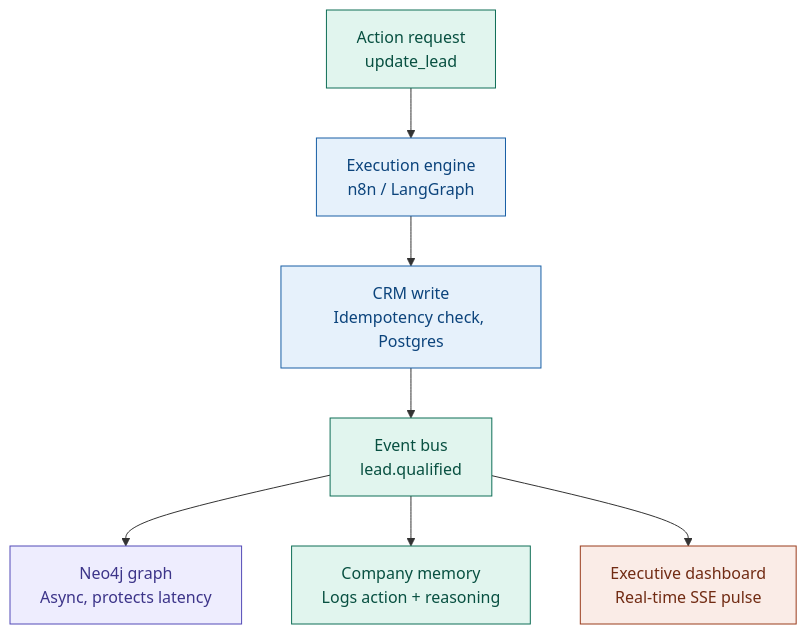
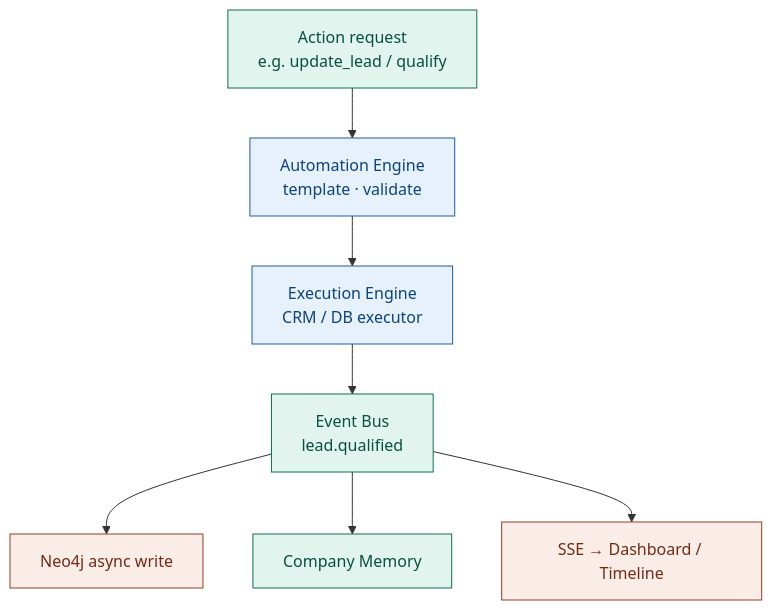
Before and after one commit to imperiondata/real-estate-ai-lead-agent: the third of 8 diagrams in IREIOS_3.0_Architecture_Diagrams.md, drawn with Mermaid. The commit also changed other lines of this file and 2 other files, not shown here.

Commit message:
docs: updated architecture diagrams and implementation plans based on current scope and requirements

````diff
--- a/IREIOS_3.0_Architecture_Diagrams.md
+++ b/IREIOS_3.0_Architecture_Diagrams.md
@@ -100,30 +254,24 @@
 ```mermaid
 flowchart TD
-    B1["Action request<br/>update_lead"]
-    B2["Execution engine<br/>n8n / LangGraph"]
-    B3["CRM write<br/>Idempotency check, Postgres"]
-    B4["Event bus<br/>lead.qualified"]
-    B5["Neo4j graph<br/>Async, protects latency"]
-    B6["Company memory<br/>Logs action + reasoning"]
-    B7["Executive dashboard<br/>Real-time SSE pulse"]
+    B1[Action request<br/>e.g. update_lead / qualify]
+    B2[Automation Engine<br/>template · validate]
+    B3[Execution Engine<br/>CRM / DB executor]
+    B4[Event Bus<br/>lead.qualified]
+    B5[Neo4j async write]
+    B6[Company Memory]
+    B7[SSE → Dashboard / Timeline]
 
     B1 --> B2 --> B3 --> B4
     B4 --> B5
     B4 --> B6
     B4 --> B7
 
-    classDef gray fill:#F1EFE8,stroke:#5F5E5A,color:#2C2C2A;
     classDef blue fill:#E6F1FB,stroke:#185FA5,color:#0C447C;
     classDef teal fill:#E1F5EE,stroke:#0F6E56,color:#085041;
-    classDef purple fill:#EEEDFE,stroke:#534AB7,color:#3C3489;
-    classDef amber fill:#FAEEDA,stroke:#854F0B,color:#633806;
     classDef coral fill:#FAECE7,stroke:#993C1D,color:#712B13;
 
     class B1 teal
-    class B2 blue
-    class B3 blue
-    class B4 teal
-    class B5 purple
-    class B6 teal
-    class B7 coral
+    class B2,B3 blue
+    class B4,B6 teal
+    class B5,B7 coral
 ```
````
